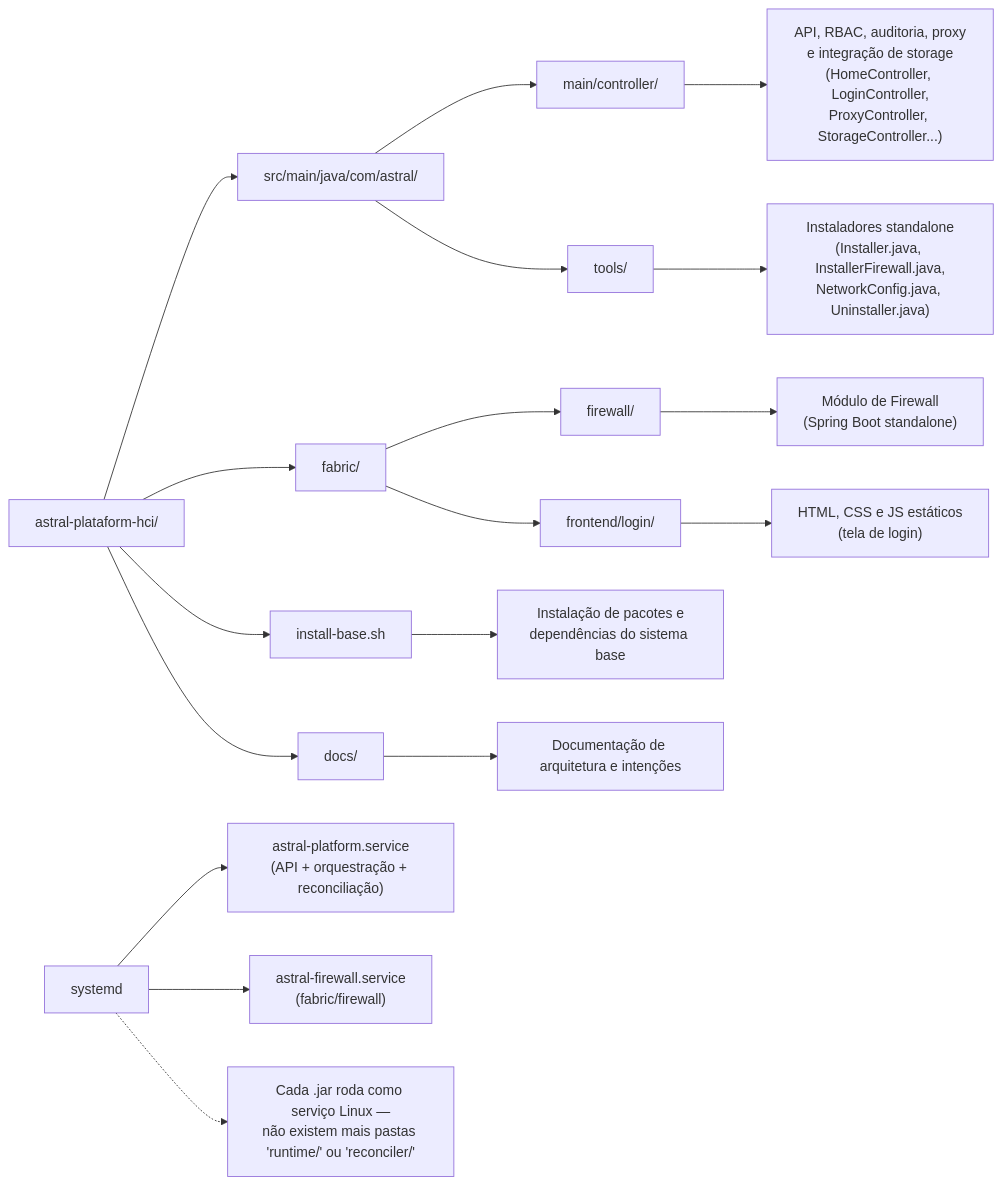
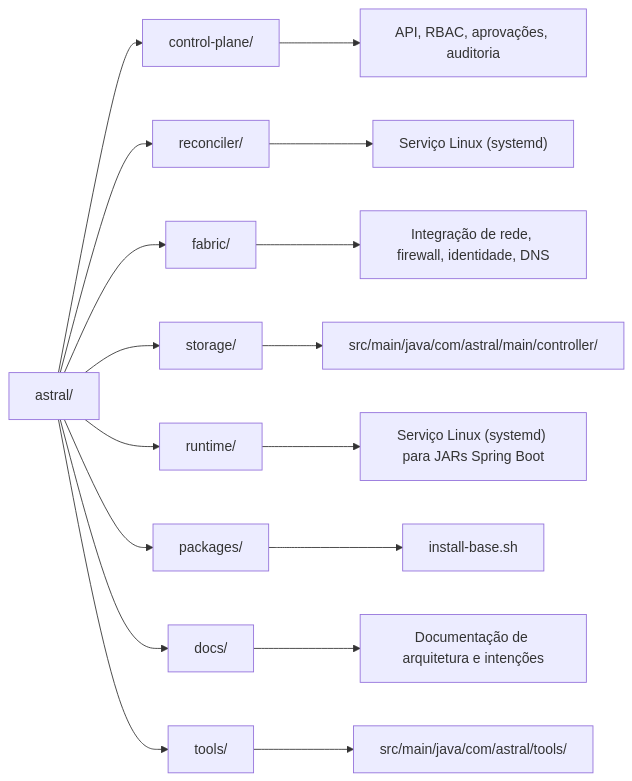
The second of 2 diagrams in README.md (euripedesdark/astral-plataform-hci), drawn with Mermaid before and after one commit.

Commit message:
Revise architecture diagram in README
Updated the architecture diagram to reflect new project structure and components.

````diff
--- a/README.md
+++ b/README.md
@@ -221,28 +221,22 @@
 ```mermaid
 
 graph LR
-  A["astral-plataform-hci/"] --> B["src/main/java/com/astral/"]
-  A --> C["fabric/"]
-  A --> D["install-base.sh"]
-  A --> E["docs/"]
+  A[astral/] --> B[control-plane/]
+  A --> C[reconciler/]
+  A --> D[fabric/]
+  A --> E[storage/]
+  A --> F[runtime/]
+  A --> G[packages/]
+  A --> H[docs/]
+  A --> I[tools/]
 
-  B --> B1["main/controller/"]
-  B1 --> B1a["API, RBAC, auditoria, proxy<br/>e integração de storage<br/>(HomeController, LoginController,<br/>ProxyController, StorageController...)"]
+  B --> B1["API, RBAC, aprovações, auditoria"]
+  C --> C1["Serviço Linux (systemd)"]
+  D --> D1["Integração de rede, firewall, identidade, DNS"]
+  E --> E1["src/main/java/com/astral/main/controller/"]
+  F --> F1["Serviço Linux (systemd) para JARs Spring Boot"]
+  G --> G1["install-base.sh"]
+  H --> H1["Documentação de arquitetura e intenções"]
+  I --> I1["src/main/java/com/astral/tools/"]
 
-  B --> B2["tools/"]
-  B2 --> B2a["Instaladores standalone<br/>(Installer.java, InstallerFirewall.java,<br/>NetworkConfig.java, Uninstaller.java)"]
-
-  C --> C1["firewall/"]
-  C1 --> C1a["Módulo de Firewall<br/>(Spring Boot standalone)"]
-
-  C --> C2["frontend/login/"]
-  C2 --> C2a["HTML, CSS e JS estáticos<br/>(tela de login)"]
-
-  D --> D1["Instalação de pacotes e<br/>dependências do sistema base"]
-
-  E --> E1["Documentação de arquitetura e intenções"]
-
-  F["systemd"] --> F1["astral-platform.service<br/>(API + orquestração + reconciliação)"]
-  F --> F2["astral-firewall.service<br/>(fabric/firewall)"]
-  F -.-> N["Cada .jar roda como serviço Linux —<br/>não existem mais pastas 'runtime/' ou 'reconciler/'"]
 ```
````
